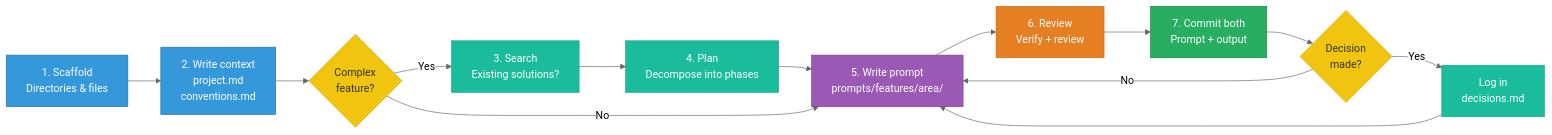
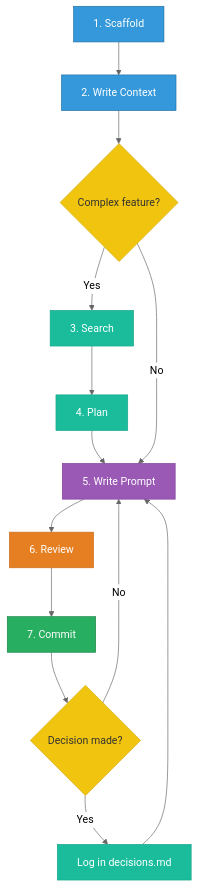
One commit to harshal2802/pdd-skill changed the fourth of 5 diagrams in docs/philosophy.md. Above: the diagram before and after it, drawn with Mermaid (neutral theme).

Commit message:
Improve Starting a Fresh Project flowchart readability
Switch from LR to TD layout and shorten node labels. The multiline
labels in the horizontal layout were getting compressed and hard to read.

````diff
--- a/docs/philosophy.md
+++ b/docs/philosophy.md
@@ -173,26 +173,26 @@
 ```mermaid
-flowchart LR
-    A["1. Scaffold\nDirectories & files"] --> B["2. Write context\nproject.md\nconventions.md"]
-    B --> S{"Complex\nfeature?"}
-    S -- Yes --> R["3. Search\nExisting solutions?"]
-    R --> P["4. Plan\nDecompose into phases"]
+flowchart TD
+    A["1. Scaffold"] --> B["2. Write Context"]
+    B --> S{"Complex feature?"}
+    S -- Yes --> R["3. Search"]
+    R --> P["4. Plan"]
     P --> C
-    S -- No --> C["5. Write prompt\nprompts/features/area/"]
-    C --> D["6. Review\nVerify + review"]
-    D --> E["7. Commit both\nPrompt + output"]
-    E --> F{"Decision\nmade?"}
-    F -- Yes --> G["Log in\ndecisions.md"]
+    S -- No --> C["5. Write Prompt"]
+    C --> D["6. Review"]
+    D --> E["7. Commit"]
+    E --> F{"Decision made?"}
+    F -- Yes --> G["Log in decisions.md"]
     F -- No --> C
     G --> C
 
     style A fill:#3498db,stroke:#2471a3,color:#fff
     style B fill:#3498db,stroke:#2471a3,color:#fff
     style S fill:#f1c40f,stroke:#d4ac0d,color:#333
     style R fill:#1abc9c,stroke:#17a589,color:#fff
     style P fill:#1abc9c,stroke:#17a589,color:#fff
     style C fill:#9b59b6,stroke:#7d3c98,color:#fff
     style D fill:#e67e22,stroke:#ca6f1e,color:#fff
     style E fill:#27ae60,stroke:#1e8449,color:#fff
     style F fill:#f1c40f,stroke:#d4ac0d,color:#333
     style G fill:#1abc9c,stroke:#17a589,color:#fff
 ```
````
